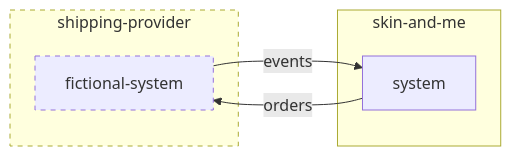
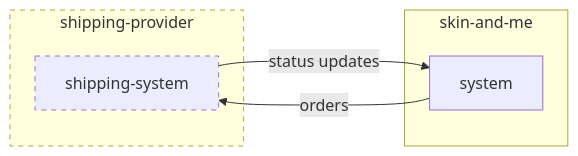
Before and after one commit to skinandme/backend-assessment-factory: the diagram in README.md, drawn with Mermaid. The commit also changed other lines of this file, not shown here.

````diff
--- a/README.md
+++ b/README.md
@@ -16,15 +16,15 @@
 ```mermaid
 flowchart LR
     subgraph shipping-provider
-      fictional-system
+      shipping-system
     end
     style shipping-provider stroke-dasharray: 5 5
-    style fictional-system stroke-dasharray: 5 5
+    style shipping-system stroke-dasharray: 5 5
 
     subgraph skin-and-me
       system
     end
 
-    system-- orders-->fictional-system
-    fictional-system-- events-->system
+    system-- orders-->shipping-system
+    shipping-system-- status updates-->system
 ```
````
